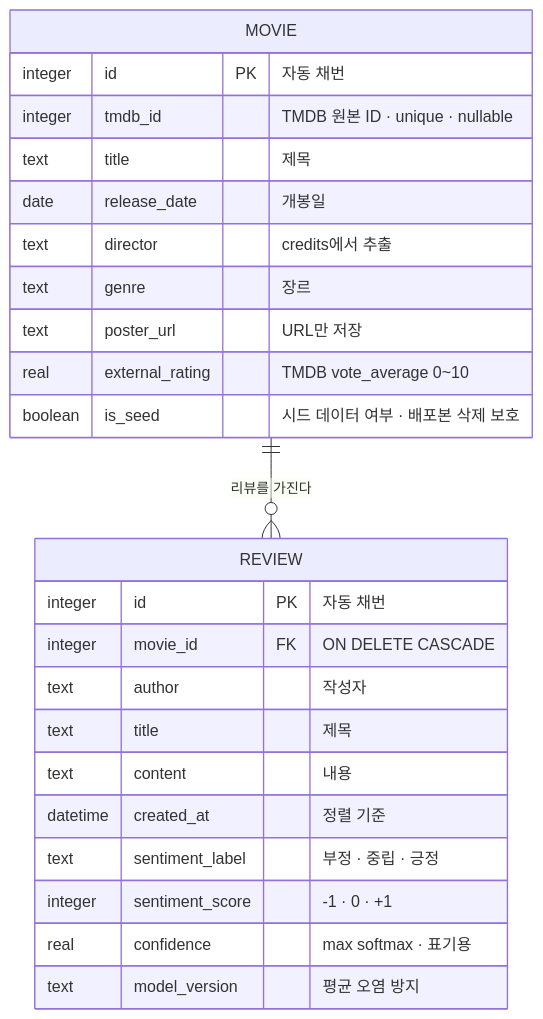
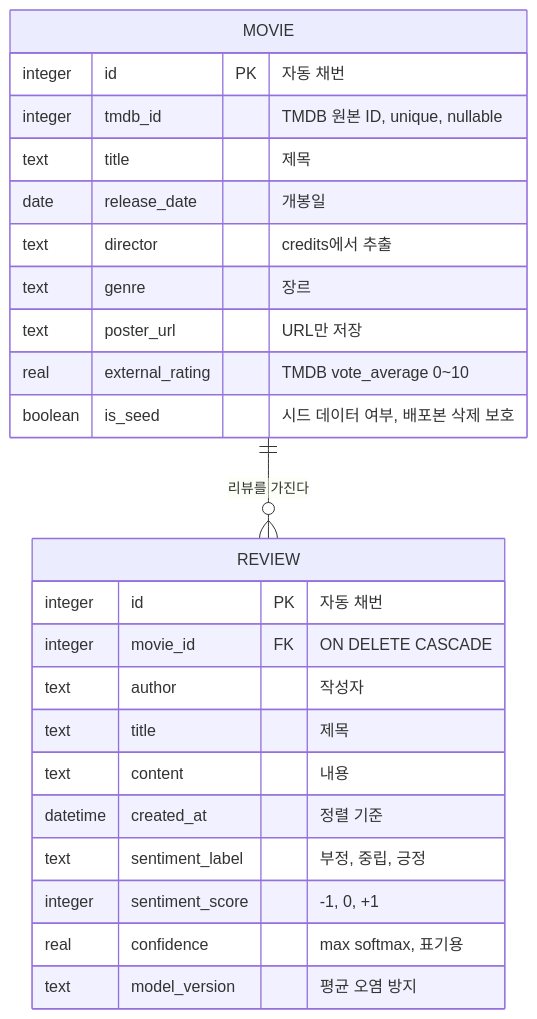
The fourth of 5 diagrams in mission18/report.md (Yopkigom/codeit-kdt-missions), drawn with Mermaid before and after one commit. The commit also changed other lines of this file and 1 other file, not shown here.

````diff
--- a/mission18/report.md
+++ b/mission18/report.md
@@ -173,29 +173,29 @@
 ```mermaid
 erDiagram
     MOVIE ||--o{ REVIEW : "리뷰를 가진다"
 
     MOVIE {
         integer id PK "자동 채번"
-        integer tmdb_id "TMDB 원본 ID · unique · nullable"
+        integer tmdb_id "TMDB 원본 ID, unique, nullable"
         text title "제목"
         date release_date "개봉일"
         text director "credits에서 추출"
         text genre "장르"
         text poster_url "URL만 저장"
         real external_rating "TMDB vote_average 0~10"
-        boolean is_seed "시드 데이터 여부 · 배포본 삭제 보호"
+        boolean is_seed "시드 데이터 여부, 배포본 삭제 보호"
     }
 
     REVIEW {
         integer id PK "자동 채번"
         integer movie_id FK "ON DELETE CASCADE"
         text author "작성자"
         text title "제목"
         text content "내용"
         datetime created_at "정렬 기준"
-        text sentiment_label "부정 · 중립 · 긍정"
-        integer sentiment_score "-1 · 0 · +1"
-        real confidence "max softmax · 표기용"
+        text sentiment_label "부정, 중립, 긍정"
+        integer sentiment_score "-1, 0, +1"
+        real confidence "max softmax, 표기용"
         text model_version "평균 오염 방지"
     }
 ```
````
